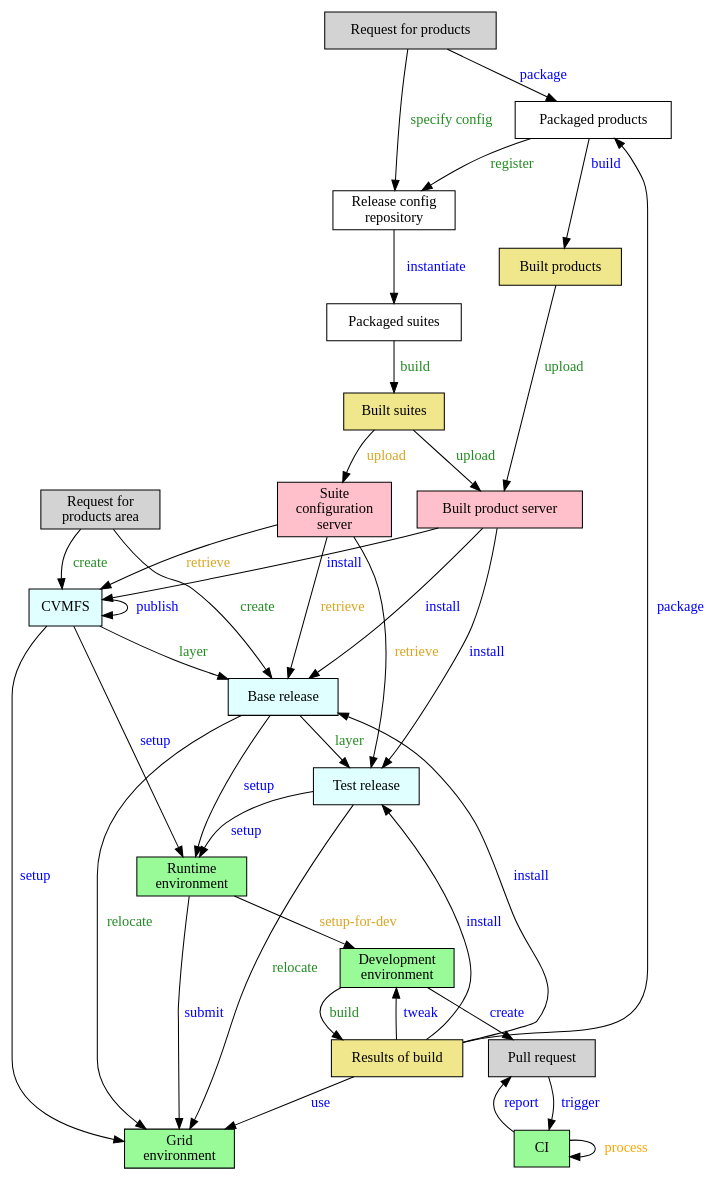
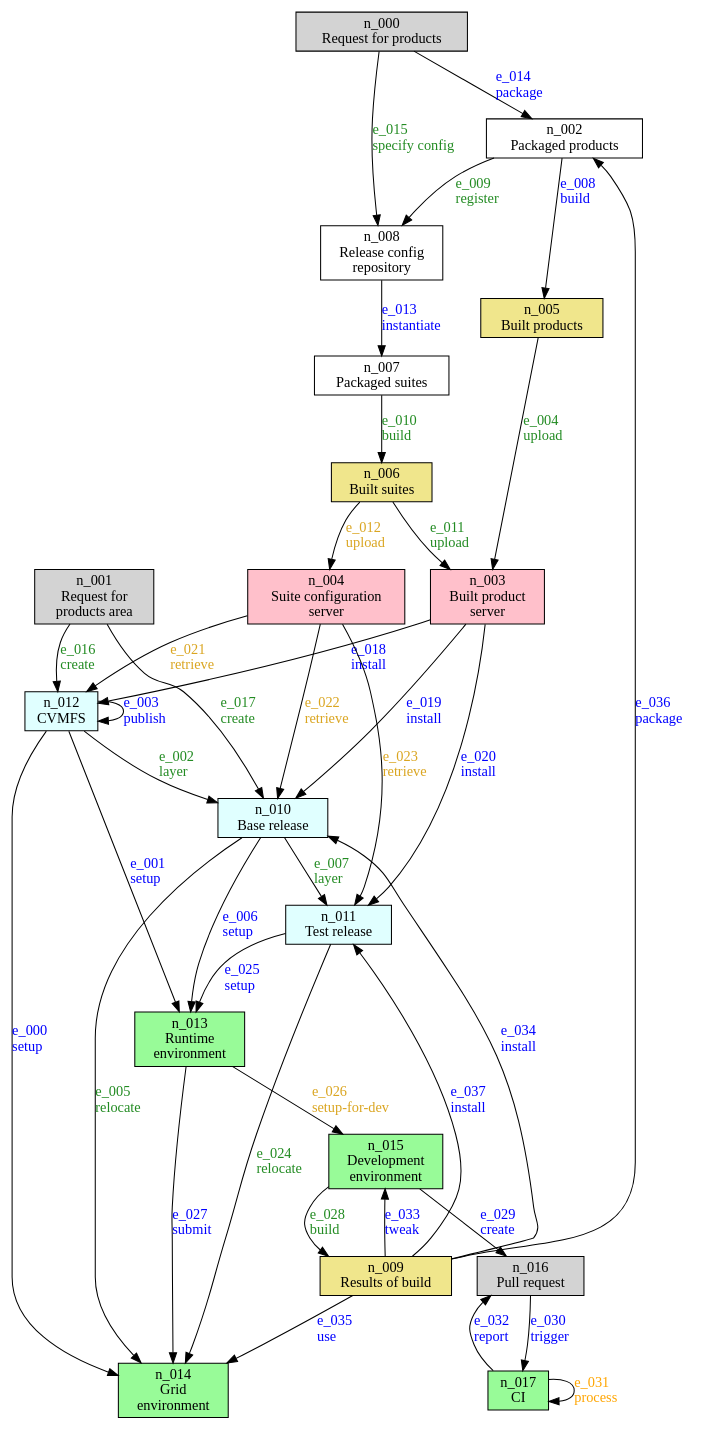
Before and after one commit to marcpaterno/spack_retreat: the diagram in spack.gv, drawn with Graphviz.

Commit message:
Unique identifiers for nodes and edges

```diff
--- a/spack.gv
+++ b/spack.gv
@@ -1,63 +1,63 @@
 digraph test {
 
   node [shape="rectangle"]
   nodesep=0.35
 
-  request [label="Request for products", style=filled, fillcolor=lightgray]
-  request_for_products_area [label="Request for\nproducts area", style=filled, fillcolor=lightgray]
-  packaged_products [label="Packaged products"]
-  scisoft [label="Built product server", style=filled, fillcolor=pink]
-  suite_config_server [label="Suite\nconfiguration\nserver", style=filled, fillcolor=pink]
-  build [label="Built products", style=filled, fillcolor=khaki]
-  built_env [label="Built suites", style=filled, fillcolor=khaki]
-  packaged_suites [label="Packaged suites"]
-  release_config [label="Release config\nrepository"]
-  developed [label="Results of build", style=filled, fillcolor=khaki]
-  local_install [label="Base release", style=filled, fillcolor=lightcyan]
-  test_release [label="Test release", style=filled, fillcolor=lightcyan]
-  CVMFS [style=filled, fillcolor=lightcyan]
-  runtime [label="Runtime\nenvironment", style=filled, fillcolor=palegreen]
-  grid [label="Grid\nenvironment", style=filled, fillcolor=palegreen]
-  development [label="Development\nenvironment", style=filled, fillcolor=palegreen]
-  PR [label="Pull request", style=filled, fillcolor=lightgray]
-  CI [style=filled, fillcolor=palegreen]
+  request [label="n_000\nRequest for products\n", style=filled, fillcolor=lightgray]
+  request_for_products_area [label="n_001\nRequest for\nproducts area\n", style=filled, fillcolor=lightgray]
+  packaged_products [label="n_002\nPackaged products"]
+  scisoft [label="n_003\nBuilt product\nserver\n", style=filled, fillcolor=pink]
+  suite_config_server [label="n_004\nSuite configuration\nserver\n", style=filled, fillcolor=pink]
+  build [label="n_005\nBuilt products\n", style=filled, fillcolor=khaki]
+  built_env [label="n_006\nBuilt suites\n", style=filled, fillcolor=khaki]
+  packaged_suites [label="n_007\nPackaged suites"]
+  release_config [label="n_008\nRelease config\nrepository"]
+  developed [label="n_009\nResults of build\n", style=filled, fillcolor=khaki]
+  base_release [label="n_010\nBase release\n", style=filled, fillcolor=lightcyan]
+  test_release [label="n_011\nTest release\n", style=filled, fillcolor=lightcyan]
+  CVMFS [label="n_012\n\N\n", style=filled, fillcolor=lightcyan]
+  runtime [label="n_013\nRuntime\nenvironment\n", style=filled, fillcolor=palegreen]
+  grid [label="n_014\nGrid\nenvironment\n", style=filled, fillcolor=palegreen]
+  development [label="n_015\nDevelopment\nenvironment\n", style=filled, fillcolor=palegreen]
+  PR [label="n_016\nPull request\n", style=filled, fillcolor=lightgray]
+  CI [label="n_017\n\N\n", style=filled, fillcolor=palegreen]
 
-  CVMFS -> grid [label=" setup", fontcolor=blue]
-  CVMFS -> runtime [label=" setup", fontcolor=blue]
-  CVMFS -> local_install [label="layer", fontcolor=forestgreen]
-  CVMFS -> CVMFS [label=" publish", fontcolor=blue]
-  build -> scisoft [label=" upload", fontcolor=forestgreen]
-  local_install -> grid [label=" relocate", fontcolor=forestgreen]
-  local_install -> runtime [label=" setup", fontcolor=blue]
-  local_install -> test_release[label="layer", fontcolor=forestgreen]
-  packaged_products -> build [label=" build", fontcolor=blue]
-  packaged_products -> release_config [label="register", fontcolor=forestgreen]
-  packaged_suites -> built_env [label=" build", fontcolor=forestgreen]
-  built_env -> scisoft [label="upload", fontcolor=forestgreen]
-  built_env -> suite_config_server [label=" upload", fontcolor=goldenrod]
-  release_config -> packaged_suites [label = " instantiate", fontcolor=blue]
-  request -> packaged_products [label="package", fontcolor=blue]
-  request -> release_config [label="specify config", fontcolor=forestgreen]
-  request_for_products_area -> CVMFS [label=" create", fontcolor=forestgreen]
-  request_for_products_area -> local_install [label=" create", fontcolor=forestgreen]
-  scisoft -> CVMFS [label="install", fontcolor=blue]
-  scisoft -> local_install [label="install", fontcolor=blue]
-  scisoft -> test_release [label="install", fontcolor=blue]
-  suite_config_server -> CVMFS [label="retrieve", fontcolor=goldenrod]
-  suite_config_server -> local_install [label="retrieve", fontcolor=goldenrod]
-  suite_config_server -> test_release [label="retrieve", fontcolor=goldenrod]
-  test_release -> grid [label=" relocate", fontcolor=forestgreen]
-  test_release -> runtime [label="setup", fontcolor=blue]
-  runtime -> development [label=" setup-for-dev", fontcolor=goldenrod]
-  runtime -> grid [label="submit", fontcolor=blue]
-  development -> developed [label=" build", fontcolor=forestgreen]
-  development -> PR [label="create", fontcolor=blue]
-  PR -> CI [label="trigger", fontcolor=blue]
-  CI -> CI [label=" process", fontcolor=orange]
-  CI -> PR [label=" report", fontcolor=blue]
-  developed -> development [label=" tweak", fontcolor=blue]
-  developed -> local_install [label=" install", fontcolor=blue]
-  developed -> grid [label="use", fontcolor=blue]
-  developed -> packaged_products [label=" package", fontcolor=blue]
-  developed -> test_release [label="install", fontcolor=blue]
+  CVMFS -> grid [label="e_000\lsetup\l", fontcolor=blue]
+  CVMFS -> runtime [label="e_001\lsetup\l", fontcolor=blue]
+  CVMFS -> base_release [label="e_002\llayer\l", fontcolor=forestgreen]
+  CVMFS -> CVMFS [label="e_003\lpublish\l", fontcolor=blue]
+  build -> scisoft [label="e_004\lupload\l", fontcolor=forestgreen]
+  base_release -> grid [label="e_005\lrelocate\l", fontcolor=forestgreen]
+  base_release -> runtime [label="e_006\lsetup\l", fontcolor=blue]
+  base_release -> test_release[label="e_007\llayer\l", fontcolor=forestgreen]
+  packaged_products -> build [label="e_008\lbuild\l", fontcolor=blue]
+  packaged_products -> release_config [label="e_009\lregister\l", fontcolor=forestgreen]
+  packaged_suites -> built_env [label="e_010\lbuild\l", fontcolor=forestgreen]
+  built_env -> scisoft [label="e_011\lupload\l", fontcolor=forestgreen]
+  built_env -> suite_config_server [label="e_012\lupload\l", fontcolor=goldenrod]
+  release_config -> packaged_suites [label="e_013\linstantiate\l", fontcolor=blue]
+  request -> packaged_products [label="e_014\lpackage\l", fontcolor=blue]
+  request -> release_config [label="e_015\lspecify config\l", fontcolor=forestgreen]
+  request_for_products_area -> CVMFS [label="e_016\lcreate\l", fontcolor=forestgreen]
+  request_for_products_area -> base_release [label="e_017\lcreate\l", fontcolor=forestgreen]
+  scisoft -> CVMFS [label="e_018\linstall\l", fontcolor=blue]
+  scisoft -> base_release [label="e_019\linstall\l", fontcolor=blue]
+  scisoft -> test_release [label="e_020\linstall\l", fontcolor=blue]
+  suite_config_server -> CVMFS [label="e_021\lretrieve\l", fontcolor=goldenrod]
+  suite_config_server -> base_release [label="e_022\lretrieve\l", fontcolor=goldenrod]
+  suite_config_server -> test_release [label="e_023\lretrieve\l", fontcolor=goldenrod]
+  test_release -> grid [label="e_024\lrelocate\l", fontcolor=forestgreen]
+  test_release -> runtime [label="e_025\lsetup\l", fontcolor=blue]
+  runtime -> development [label="e_026\lsetup-for-dev\l", fontcolor=goldenrod]
+  runtime -> grid [label="e_027\lsubmit\l", fontcolor=blue]
+  development -> developed [label="e_028\lbuild\l", fontcolor=forestgreen]
+  development -> PR [label="e_029\lcreate\l", fontcolor=blue]
+  PR -> CI [label="e_030\ltrigger\l", fontcolor=blue]
+  CI -> CI [label="e_031\lprocess\l", fontcolor=orange]
+  CI -> PR [label="e_032\lreport\l", fontcolor=blue]
+  developed -> development [label="e_033\ltweak\l", fontcolor=blue]
+  developed -> base_release [label="e_034\linstall\l", fontcolor=blue]
+  developed -> grid [label="e_035\luse\l", fontcolor=blue]
+  developed -> packaged_products [label="e_036\lpackage\l", fontcolor=blue]
+  developed -> test_release [label="e_037\linstall\l", fontcolor=blue]
 }
```
